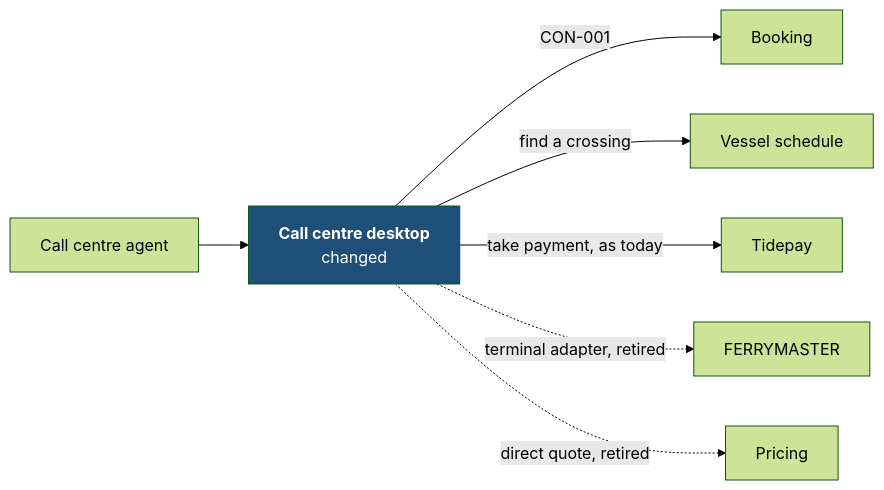
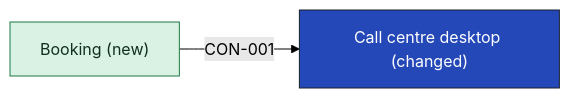
One commit to smalls257/vela changed the first of 2 diagrams in examples/unified-booking/05-building-blocks/call-centre-building-blocks.md. Above: the diagram before and after it, drawn with Mermaid (forest theme). The commit also changed other lines of this file and 21 other files, not shown here.

First line of the commit message:
Draw context, system and app diagrams from the contracts

````diff
--- a/examples/unified-booking/05-building-blocks/call-centre-building-blocks.md
+++ b/examples/unified-booking/05-building-blocks/call-centre-building-blocks.md
@@ -30,18 +31,10 @@
 ```mermaid
 flowchart LR
-  agent["Call centre agent"]
-  cc["<b>Call centre desktop</b><br/>changed"]
-  bk["Booking"]
-  vs["Vessel schedule"]
-  tp["Tidepay"]
-  fm["FERRYMASTER"]
-  pr["Pricing"]
-  agent --> cc
-  cc -->|"CON-001"| bk
-  cc -->|"find a crossing"| vs
-  cc -->|"take payment, as today"| tp
-  cc -.->|"terminal adapter, retired"| fm
-  cc -.->|"direct quote, retired"| pr
-  classDef focus fill:#1f4e79,color:#fff
-  class cc focus
+  n_APP_booking["Booking (new)"]
+  n_APP_call_centre["Call centre desktop (changed)"]
+  n_APP_booking -->|"CON-001"| n_APP_call_centre
+  classDef focus fill:#2448b8,stroke:#19212d,color:#ffffff
+  classDef new fill:#d9f2e3,stroke:#1e7a46,color:#10301d
+  class n_APP_call_centre focus
+  class n_APP_booking new
 ```
````
